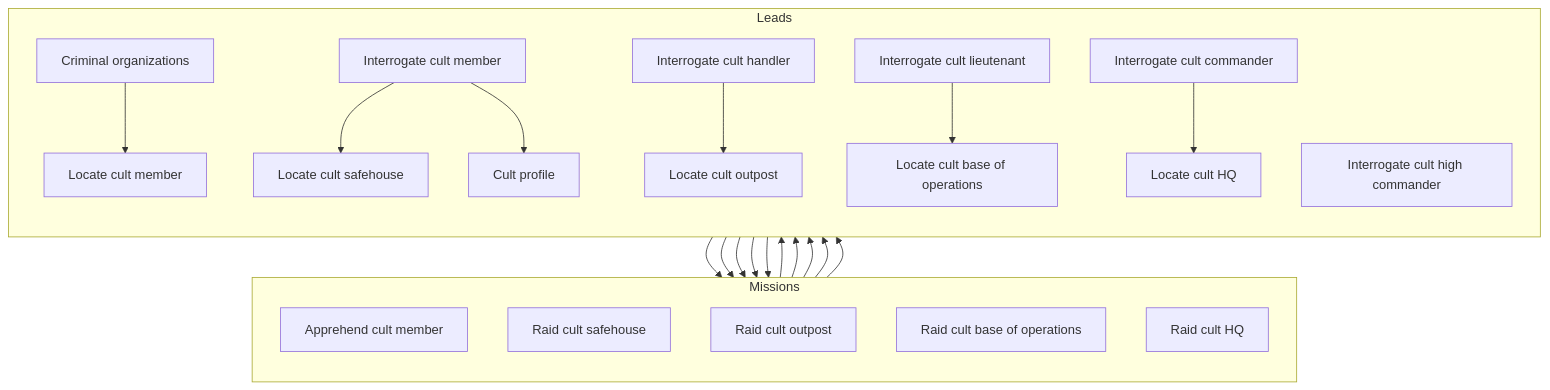
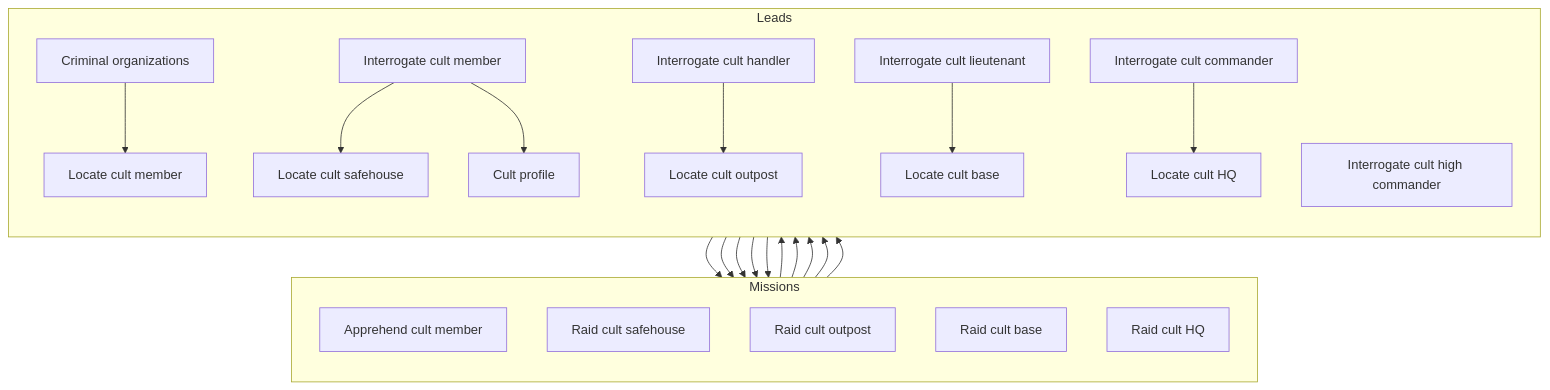
Before and after one commit to konrad-jamrozik/game-ts: the diagram in docs/design/reference_collections.md, drawn with Mermaid. The commit also changed other lines of this file and 2 other files, not shown here.

````diff
--- a/docs/design/reference_collections.md
+++ b/docs/design/reference_collections.md
@@ -117,46 +122,46 @@
 ```mermaid
 graph TD;
     %% Left column = Leads, Right column = Missions
 
     subgraph Missions
         direction TB
         AppreMembr[Apprehend cult member]
         RaidSafhse[Raid cult safehouse]
         RaidOutpst[Raid cult outpost]
-        RaidBaseop[Raid cult base of operations]
+        RaidBaseop[Raid cult base]
         RaidHeadqr[Raid cult HQ]
     end
     
     subgraph Leads
         direction TB
         CrimOrganz[Criminal organizations]
         LocatMembr[Locate cult member]
         IntrgMembr[Interrogate cult member]
         LocatSafhse[Locate cult safehouse]
         IntrgHndlr[Interrogate cult handler]
         LocatOutpst[Locate cult outpost]
         IntrgLietn[Interrogate cult lieutenant]
-        LocatBaseop[Locate cult base of operations]
+        LocatBaseop[Locate cult base]
         IntrgCmndr[Interrogate cult commander]
         LocatHeadqr[Locate cult HQ]
         IntrgHiCmd[Interrogate cult high commander]
         CultProfil[Cult profile]
     end
 
     CrimOrganz --> LocatMembr
     LocatMembr --> AppreMembr
     AppreMembr --> IntrgMembr
     IntrgMembr --> LocatSafhse
     IntrgMembr --> CultProfil
     LocatSafhse --> RaidSafhse
     RaidSafhse --> IntrgHndlr
     IntrgHndlr --> LocatOutpst
     LocatOutpst --> RaidOutpst
     RaidOutpst --> IntrgLietn
     IntrgLietn --> LocatBaseop
     LocatBaseop --> RaidBaseop
     RaidBaseop --> IntrgCmndr
     IntrgCmndr --> LocatHeadqr
     LocatHeadqr --> RaidHeadqr
     RaidHeadqr --> IntrgHiCmd
 ```
````
